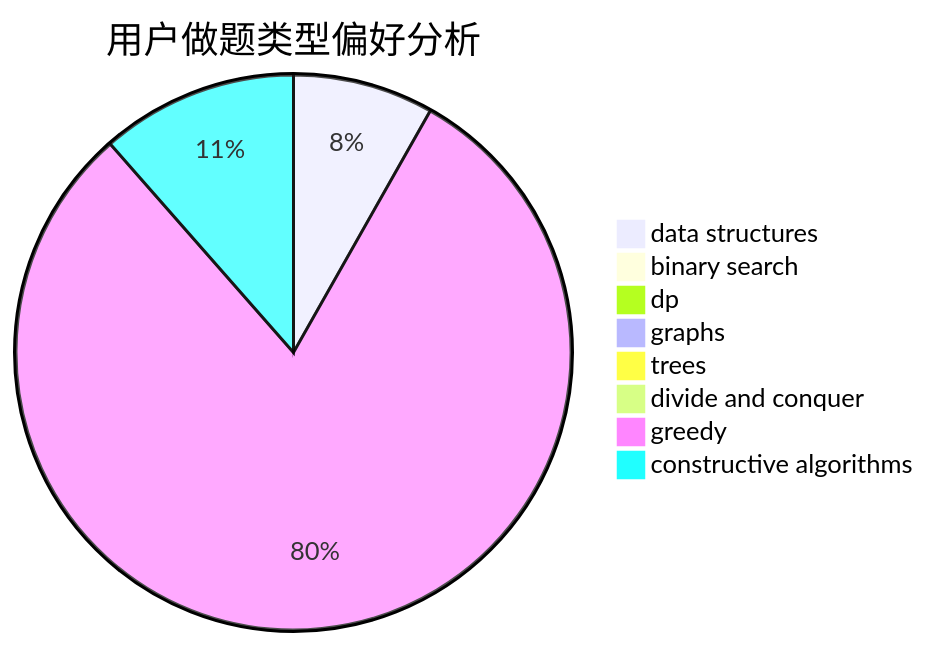
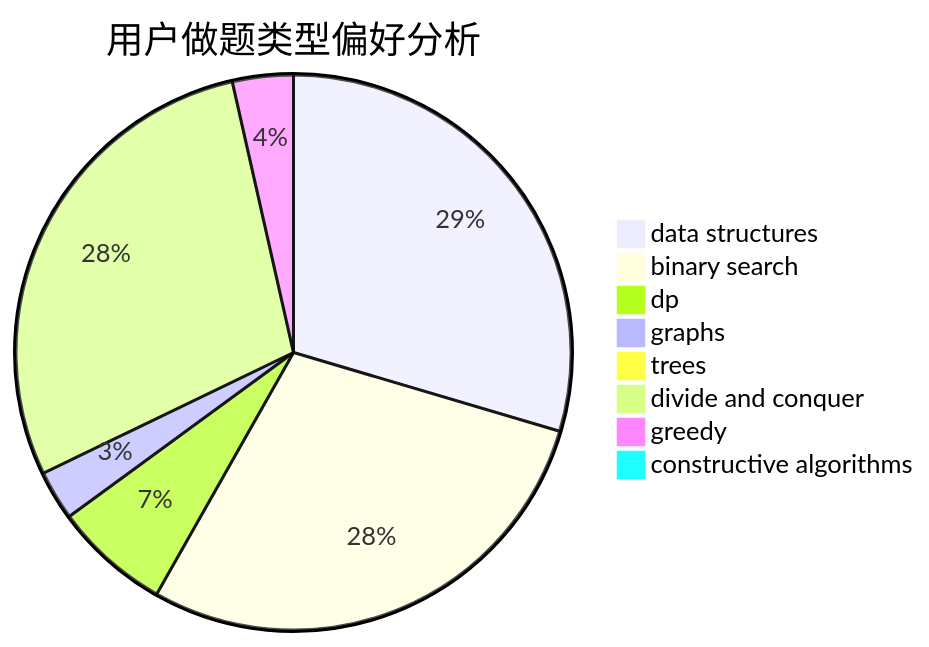
Before and after one commit to sherpahu/cfrs.github.io: the second of 3 diagrams in docs/user/u846.md, drawn with Mermaid. The commit also changed other lines of this file and 2770 other files, not shown here.

````diff
--- a/docs/user/u846.md
+++ b/docs/user/u846.md
@@ -23,11 +23,11 @@
 ```mermaid
 pie title 用户做题类型偏好分析
-    "data structures" :  5
-    "binary search" :  0
-    "dp" :  0
-    "graphs" :  0
-    "trees" :  0
-    "divide and conquer" :  0
-    "greedy" :  49
-    "constructive algorithms" :  7
+    "data structures" :  92
+    "binary search" :  89
+    "dp" :  21
+    "graphs" :  9
+    "trees" :  2
+    "divide and conquer" :  89
+    "greedy" :  11
+    "constructive algorithms" :  0
 ```
````
